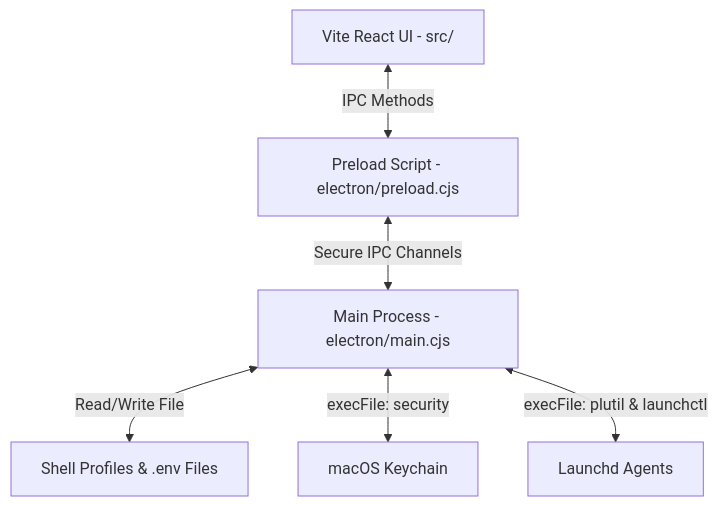
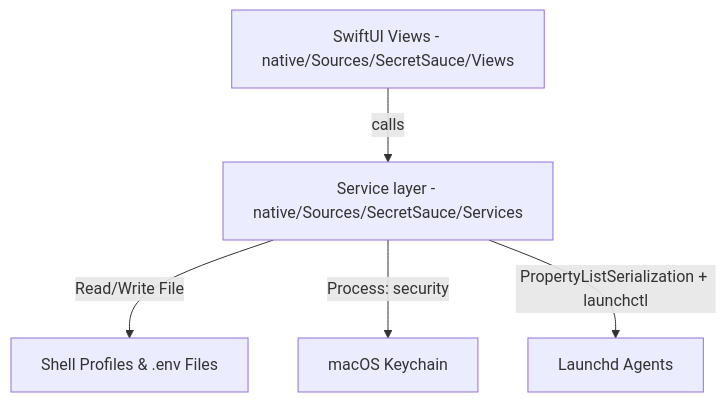
The diagram in claude.md (NicoBraun93/SecretSauce), drawn with Mermaid before and after one commit. The commit also changed other lines of this file and 40 other files, not shown here.

Commit message:
refactor: replace Electron-based frontend with a native Swift/SwiftUI implementation

````diff
--- a/claude.md
+++ b/claude.md
@@ -17,8 +20,7 @@
 ```mermaid
 graph TD
-    UI[Vite React UI - src/] <-->|IPC Methods| PL[Preload Script - electron/preload.cjs]
-    PL <-->|Secure IPC Channels| MP[Main Process - electron/main.cjs]
-    MP <-->|Read/Write File| SP[Shell Profiles & .env Files]
-    MP <-->|execFile: security| KC[macOS Keychain]
-    MP <-->|execFile: plutil & launchctl| LD[Launchd Agents]
+    Views[SwiftUI Views - native/Sources/SecretSauce/Views] -->|calls| Services[Service layer - native/Sources/SecretSauce/Services]
+    Services -->|Read/Write File| SP[Shell Profiles & .env Files]
+    Services -->|Process: security| KC[macOS Keychain]
+    Services -->|PropertyListSerialization + launchctl| LD[Launchd Agents]
 ```
````
